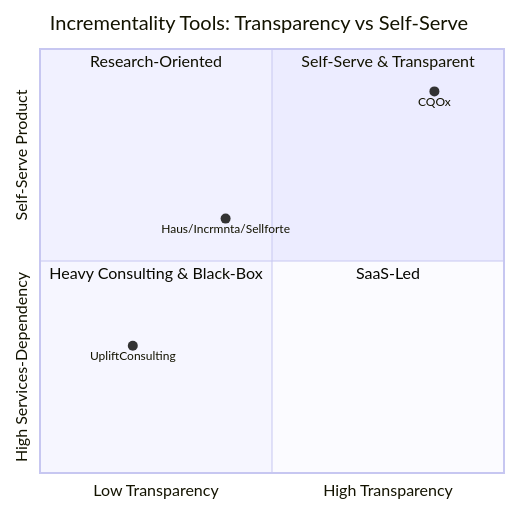
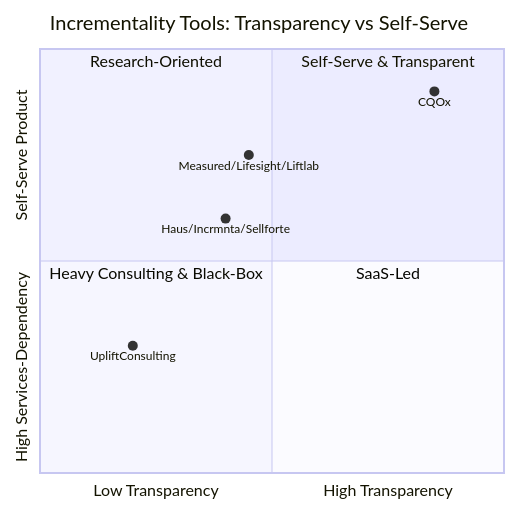
The diagram in README_en.md (onodera22ten/CQOx_gen), drawn with Mermaid before and after one commit. The commit also changed other lines of this file, not shown here.

````diff
--- a/README_en.md
+++ b/README_en.md
@@ -1405,13 +1599,14 @@
 ```mermaid
 quadrantChart
     title Incrementality Tools: Transparency vs Self-Serve
     x-axis Low Transparency --> High Transparency
     y-axis High Services-Dependency --> Self-Serve Product
     quadrant-1 Self-Serve & Transparent
     quadrant-2 Research-Oriented
     quadrant-3 Heavy Consulting & Black-Box
     quadrant-4 SaaS-Led
     CQOx: [0.85, 0.90]
+    Measured/Lifesight/Liftlab: [0.45, 0.75]
     Haus/Incrmnta/Sellforte: [0.40, 0.60]
     UpliftConsulting: [0.20, 0.30]
 ```
````
